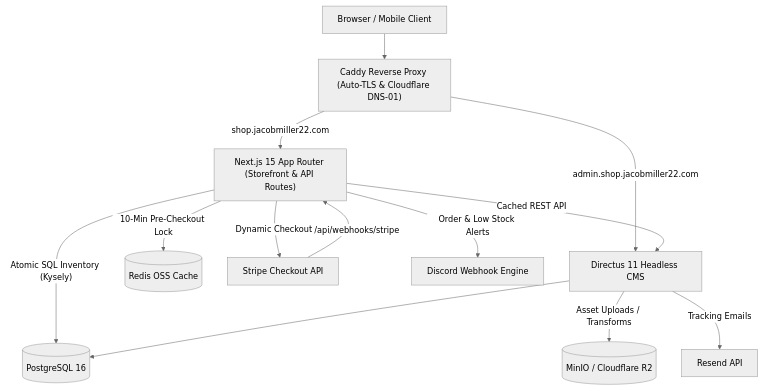
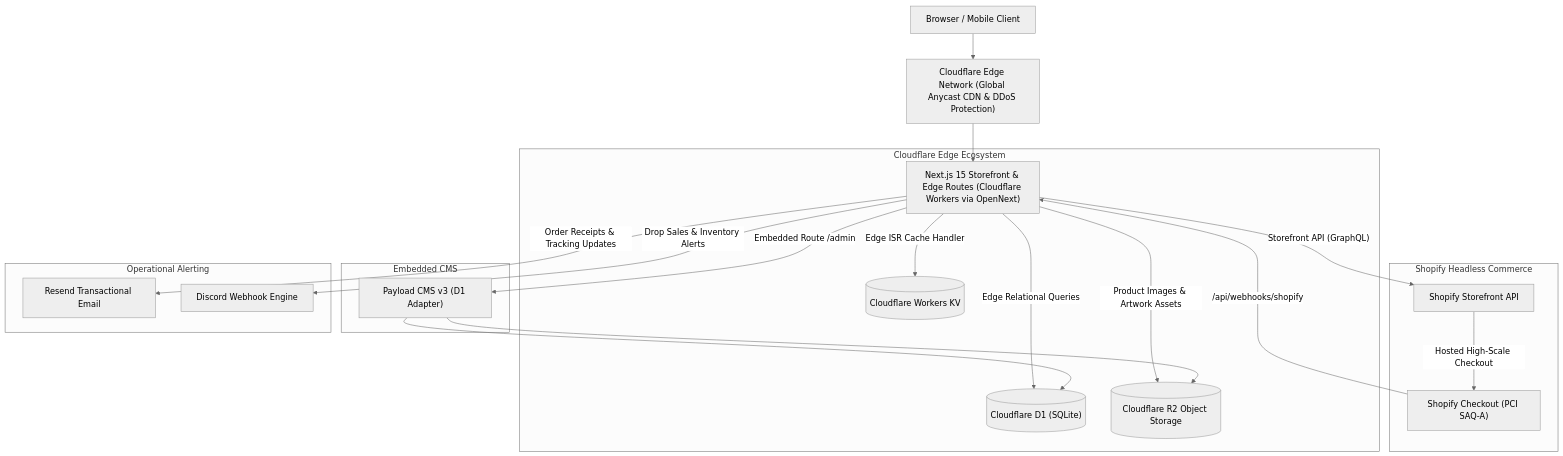
The diagram in README.md (jacobmiller22/chrishop), drawn with Mermaid (neutral theme) before and after one commit. The commit also changed other lines of this file and 109 other files, not shown here.

First line of the commit message:
feat(roadmap): Story 0.4 integrate adversarial roadmap auditor, priority skills & architecture reconciliation

````diff
--- a/README.md
+++ b/README.md
@@ -9,18 +9,28 @@
 ```mermaid
 graph TD
-    Client["Browser / Mobile Client"] --> Caddy["Caddy Reverse Proxy (Auto-TLS & Cloudflare DNS-01)"]
-    Caddy -->|"shop.jacobmiller22.com"| Web["Next.js 15 App Router (Storefront & API Routes)"]
-    Caddy -->|"admin.shop.jacobmiller22.com"| CMS["Directus 11 Headless CMS"]
+    Client["Browser / Mobile Client"] --> CF["Cloudflare Edge Network (Global Anycast CDN & DDoS Protection)"]
+    CF --> Workers["Next.js 15 Storefront & Edge Routes (Cloudflare Workers via OpenNext)"]
+    
+    subgraph Edge Services ["Cloudflare Edge Ecosystem"]
+        Workers -->|"Edge Relational Queries"| D1[("Cloudflare D1 (SQLite)")]
+        Workers -->|"Edge ISR Cache Handler"| KV[("Cloudflare Workers KV")]
+        Workers -->|"Product Images & Artwork Assets"| R2[("Cloudflare R2 Object Storage")]
+    end
 
-    Web -->|"Cached REST API"| CMS
-    Web -->|"10-Min Pre-Checkout Lock"| Redis[("Redis OSS Cache")]
-    Web -->|"Atomic SQL Inventory (Kysely)"| Postgres[("PostgreSQL 16")]
-    CMS --> Postgres
+    subgraph Content Management ["Embedded CMS"]
+        Workers -->|"Embedded Route /admin"| Payload["Payload CMS v3 (D1 Adapter)"]
+        Payload --> D1
+        Payload --> R2
+    end
 
-    CMS -->|"Asset Uploads / Transforms"| Storage[("MinIO / Cloudflare R2")]
-    Web -->|"Dynamic Checkout"| Stripe["Stripe Checkout API"]
-    Stripe -->|"/api/webhooks/stripe"| Web
+    subgraph Commerce & Fulfillment ["Shopify Headless Commerce"]
+        Workers -->|"Storefront API (GraphQL)"| Shopify["Shopify Storefront API"]
+        Shopify -->|"Hosted High-Scale Checkout"| ShopifyCheckout["Shopify Checkout (PCI SAQ-A)"]
+        ShopifyCheckout -->|"/api/webhooks/shopify"| Workers
+    end
 
-    Web -->|"Order & Low Stock Alerts"| Discord["Discord Webhook Engine"]
-    CMS -->|"Tracking Emails"| Resend["Resend API"]
+    subgraph Notifications & Ops ["Operational Alerting"]
+        Workers -->|"Order Receipts & Tracking Updates"| Resend["Resend Transactional Email"]
+        Workers -->|"Drop Sales & Inventory Alerts"| Discord["Discord Webhook Engine"]
+    end
 ```
````
